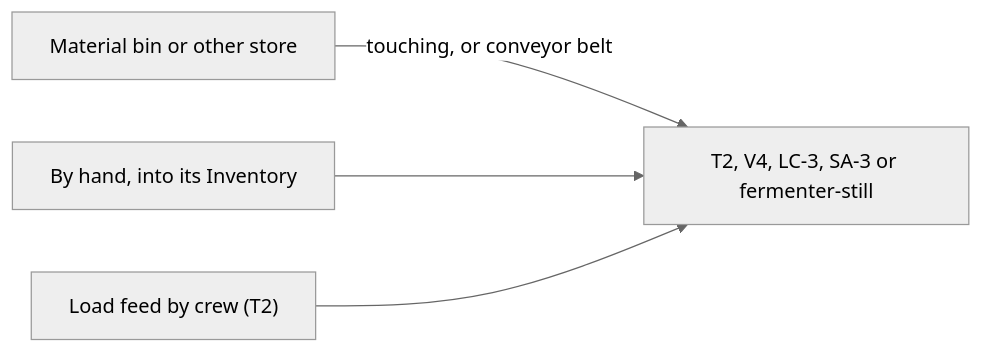
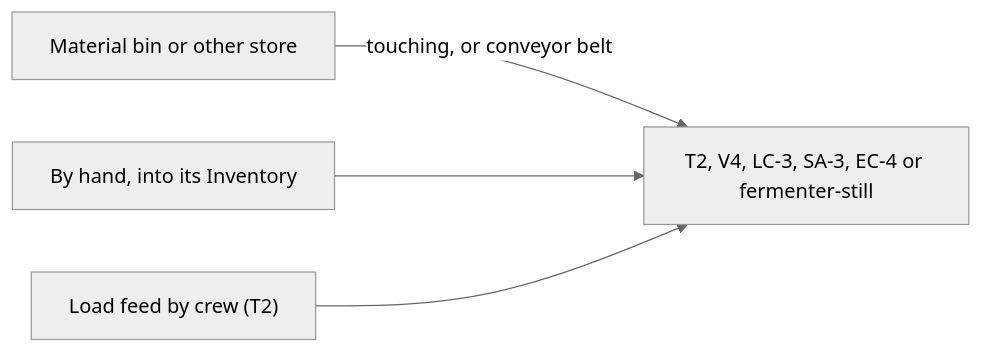
One commit to phobos-dthorga/phobos-ostranauts changed the first of 3 diagrams in docs/automatic-material-routing.md. Above: the diagram before and after it, drawn with Mermaid (neutral theme). The commit also changed other lines of this file and 66 other files, not shown here.

````diff
--- a/docs/automatic-material-routing.md
+++ b/docs/automatic-material-routing.md
@@ -68,6 +68,6 @@
 ```mermaid
 flowchart LR
-    Bin["Material bin or other store"] -->|touching, or conveyor belt| Machine["T2, V4, LC-3, SA-3 or fermenter-still"]
+    Bin["Material bin or other store"] -->|touching, or conveyor belt| Machine["T2, V4, LC-3, SA-3, EC-4 or fermenter-still"]
     Hand["By hand, into its Inventory"] --> Machine
     Crew["Load feed by crew (T2)"] --> Machine
 ```
````
